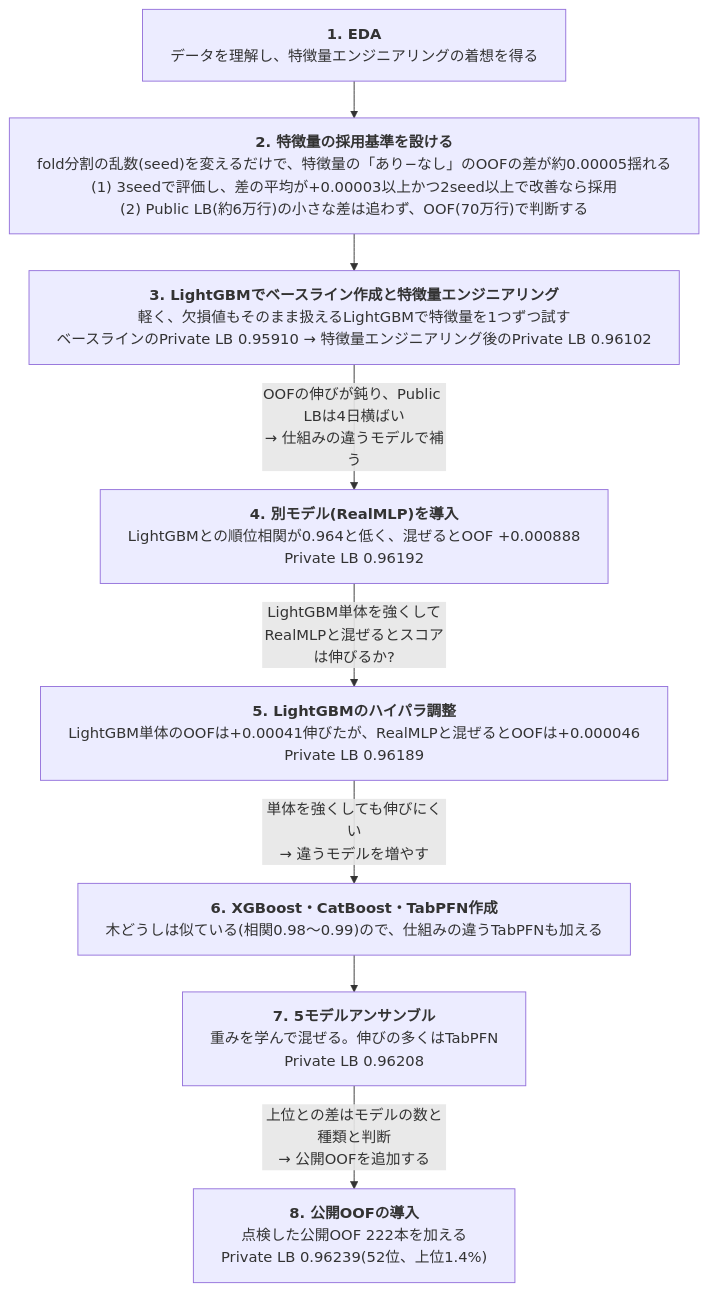
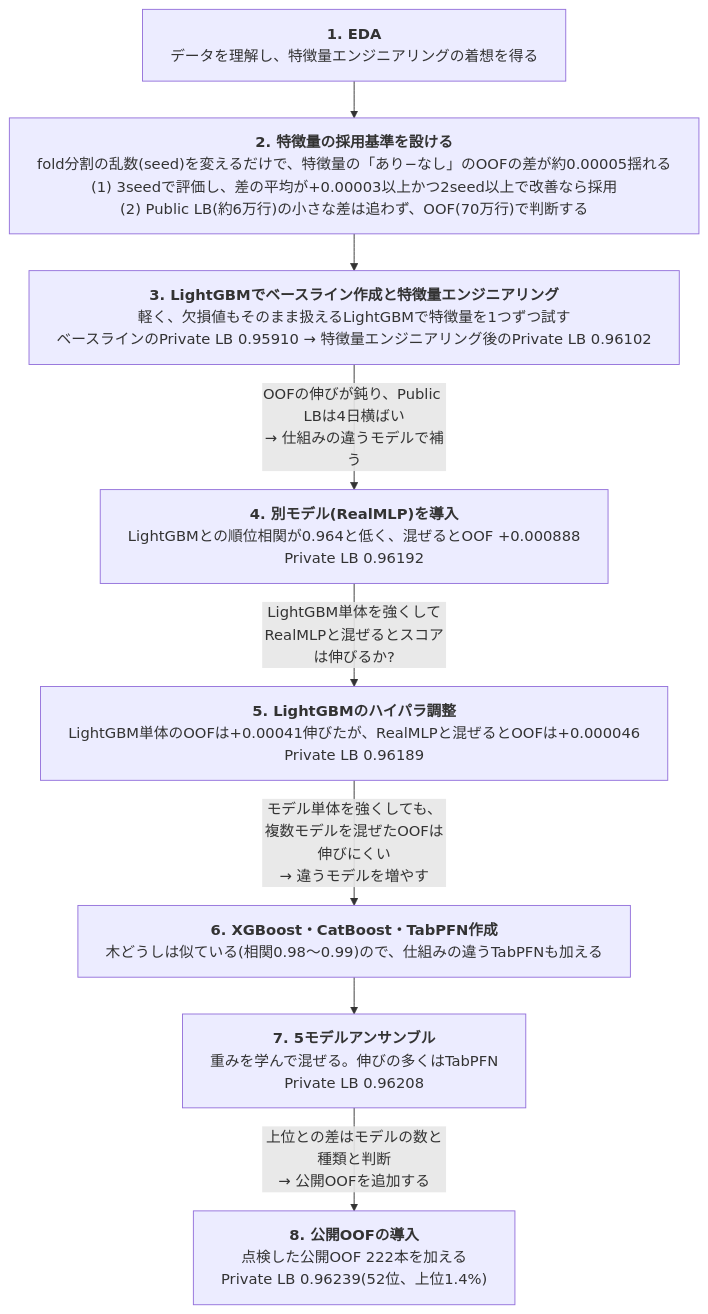
The first of 3 diagrams in README.md (aramaki5443-art/kaggle-s6e10-airline-satisfaction), drawn with Mermaid before and after one commit.

Commit message:
README: フロー図5→6のラベルを修正
Claude-Session: https://claude.ai/code/session_01W4XQw12fApd9PttvvKTwbS

````diff
--- a/README.md
+++ b/README.md
@@ -21,23 +21,23 @@
 ```mermaid
 ---
 config:
   flowchart:
     wrappingWidth: 800
     rankSpacing: 40
 ---
 flowchart TD
   S1["<b>1. EDA</b><br>データを理解し、特徴量エンジニアリングの着想を得る"]
   SC["<b>2. 特徴量の採用基準を設ける</b><br>fold分割の乱数(seed)を変えるだけで、特徴量の「あり−なし」のOOFの差が約0.00005揺れる<br>(1) 3seedで評価し、差の平均が+0.00003以上かつ2seed以上で改善なら採用<br>(2) Public LB(約6万行)の小さな差は追わず、OOF(70万行)で判断する"]
   S2["<b>3. LightGBMでベースライン作成と特徴量エンジニアリング</b><br>軽く、欠損値もそのまま扱えるLightGBMで特徴量を1つずつ試す<br>ベースラインのPrivate LB 0.95910 → 特徴量エンジニアリング後のPrivate LB 0.96102"]
   S3["<b>4. 別モデル(RealMLP)を導入</b><br>LightGBMとの順位相関が0.964と低く、混ぜるとOOF +0.000888<br>Private LB 0.96192"]
   S4["<b>5. LightGBMのハイパラ調整</b><br>LightGBM単体のOOFは+0.00041伸びたが、RealMLPと混ぜるとOOFは+0.000046<br>Private LB 0.96189"]
   S5["<b>6. XGBoost・CatBoost・TabPFN作成</b><br>木どうしは似ている(相関0.98〜0.99)ので、仕組みの違うTabPFNも加える"]
   S6["<b>7. 5モデルアンサンブル</b><br>重みを学んで混ぜる。伸びの多くはTabPFN<br>Private LB 0.96208"]
   S7["<b>8. 公開OOFの導入</b><br>点検した公開OOF 222本を加える<br>Private LB 0.96239(52位、上位1.4%)"]
   S1 --> SC --> S2
   S2 -->|"OOFの伸びが鈍り、Public LBは4日横ばい<br>→ 仕組みの違うモデルで補う"| S3
   S3 -->|"LightGBM単体を強くしてRealMLPと混ぜるとスコアは伸びるか?"| S4
-  S4 -->|"単体を強くしても伸びにくい<br>→ 違うモデルを増やす"| S5
+  S4 -->|"モデル単体を強くしても、複数モデルを混ぜたOOFは伸びにくい<br>→ 違うモデルを増やす"| S5
   S5 --> S6
   S6 -->|"上位との差はモデルの数と種類と判断<br>→ 公開OOFを追加する"| S7
 ```
````
